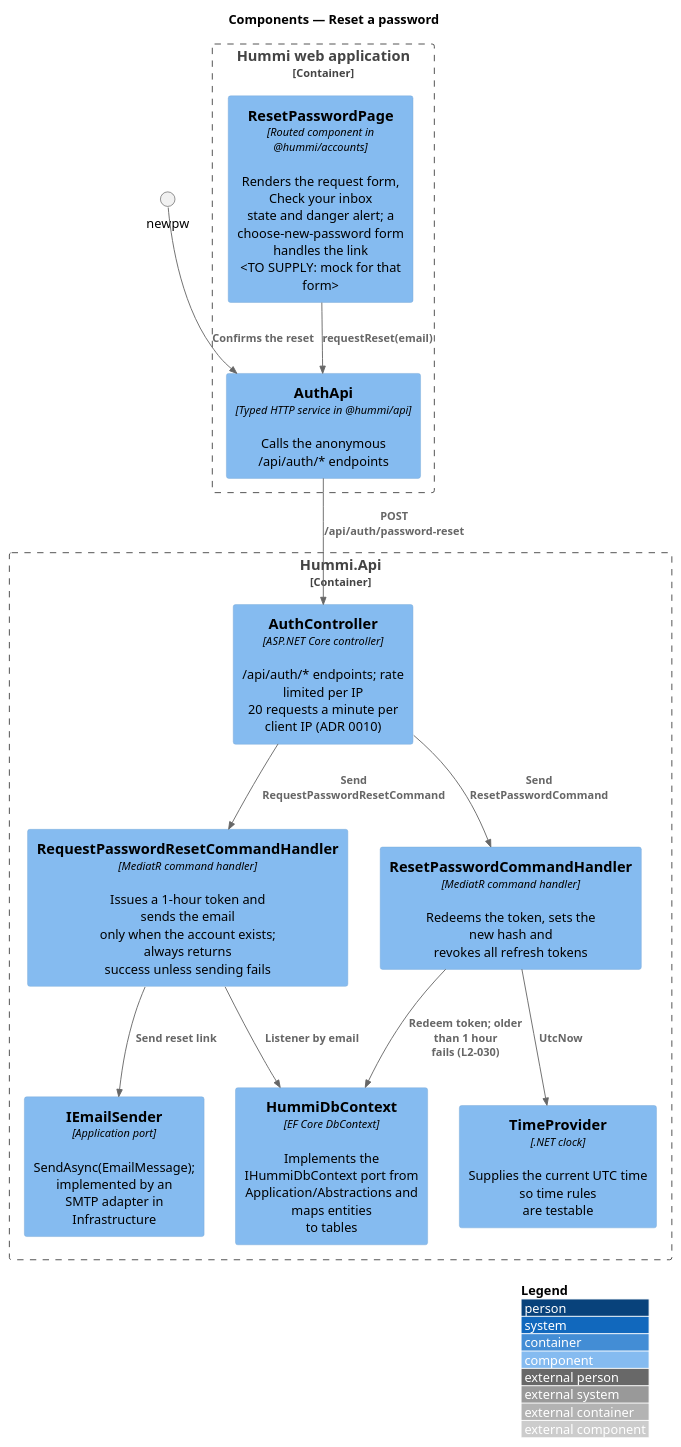
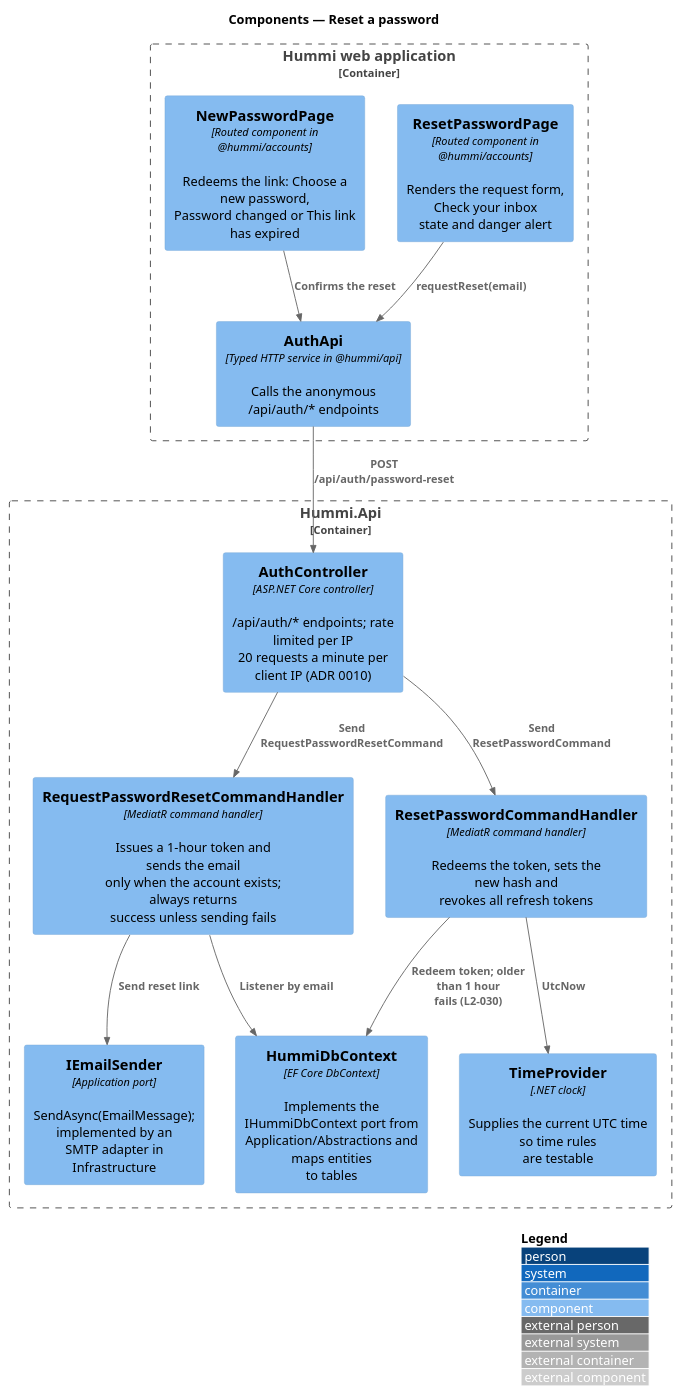
One commit to QuinntyneBrown/hummi changed the diagram in docs/detailed-designs/accounts/reset-password/diagrams/c4-component.puml. Above: the diagram before and after it, drawn with PlantUML. The commit also changed 28 other files, not shown here.

```diff
--- a/docs/detailed-designs/accounts/reset-password/diagrams/c4-component.puml
+++ b/docs/detailed-designs/accounts/reset-password/diagrams/c4-component.puml
@@ -1,27 +1,28 @@
 @startuml
 !include <C4/C4_Component>
 LAYOUT_WITH_LEGEND()
 title Components — Reset a password
 
 Container_Boundary(spa, "Hummi web application") {
-  Component(page, "ResetPasswordPage", "Routed component in @hummi/accounts", "Renders the request form, Check your inbox\nstate and danger alert; a\nchoose-new-password form handles the link\n<TO SUPPLY: mock for that form>")
+  Component(page, "ResetPasswordPage", "Routed component in @hummi/accounts", "Renders the request form, Check your inbox\nstate and danger alert")
+  Component(newpw, "NewPasswordPage", "Routed component in @hummi/accounts", "Redeems the link: Choose a new password,\nPassword changed or This link has expired")
   Component(client, "AuthApi", "Typed HTTP service in @hummi/api", "Calls the anonymous /api/auth/* endpoints")
 }
 Container_Boundary(api, "Hummi.Api") {
   Component(ctl, "AuthController", "ASP.NET Core controller", "/api/auth/* endpoints; rate limited per IP\n20 requests a minute per client IP (ADR 0010)")
   Component(cmd, "RequestPasswordResetCommandHandler", "MediatR command handler", "Issues a 1-hour token and sends the email\nonly when the account exists; always returns\nsuccess unless sending fails")
   Component(redeem, "ResetPasswordCommandHandler", "MediatR command handler", "Redeems the token, sets the new hash and\nrevokes all refresh tokens")
   Component(mail, "IEmailSender", "Application port", "SendAsync(EmailMessage); implemented by an\nSMTP adapter in Infrastructure")
   Component(clock, "TimeProvider", ".NET clock", "Supplies the current UTC time so time rules\nare testable")
   Component(ctx, "HummiDbContext", "EF Core DbContext", "Implements the IHummiDbContext port from\nApplication/Abstractions and maps entities\nto tables")
 }
 Rel(newpw, client, "Confirms the reset")
 Rel(page, client, "requestReset(email)")
 Rel(client, ctl, "POST /api/auth/password-reset")
 Rel(ctl, cmd, "Send RequestPasswordResetCommand")
 Rel(cmd, ctx, "Listener by email")
 Rel(cmd, mail, "Send reset link")
 Rel(ctl, redeem, "Send ResetPasswordCommand")
 Rel(redeem, clock, "UtcNow")
 Rel(redeem, ctx, "Redeem token; older than 1 hour\nfails (L2-030)")
 @enduml
```
